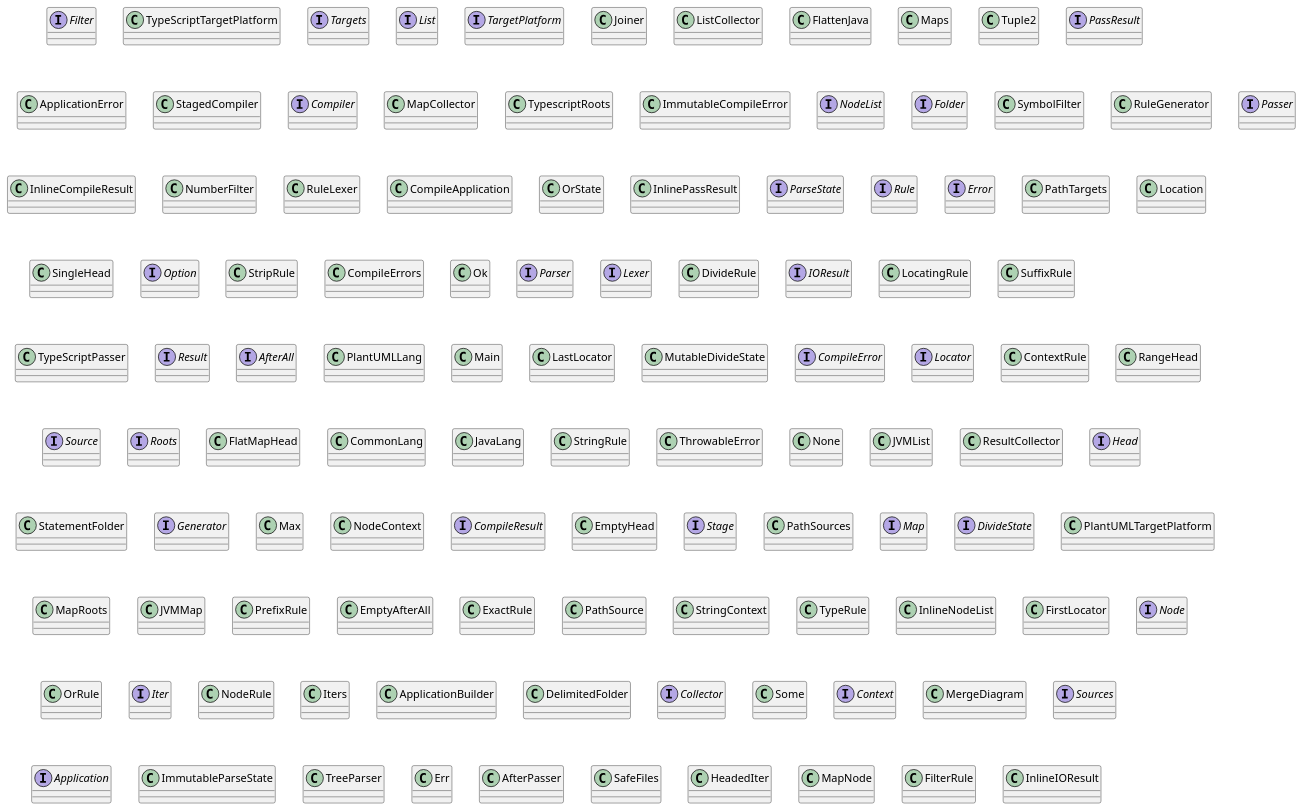
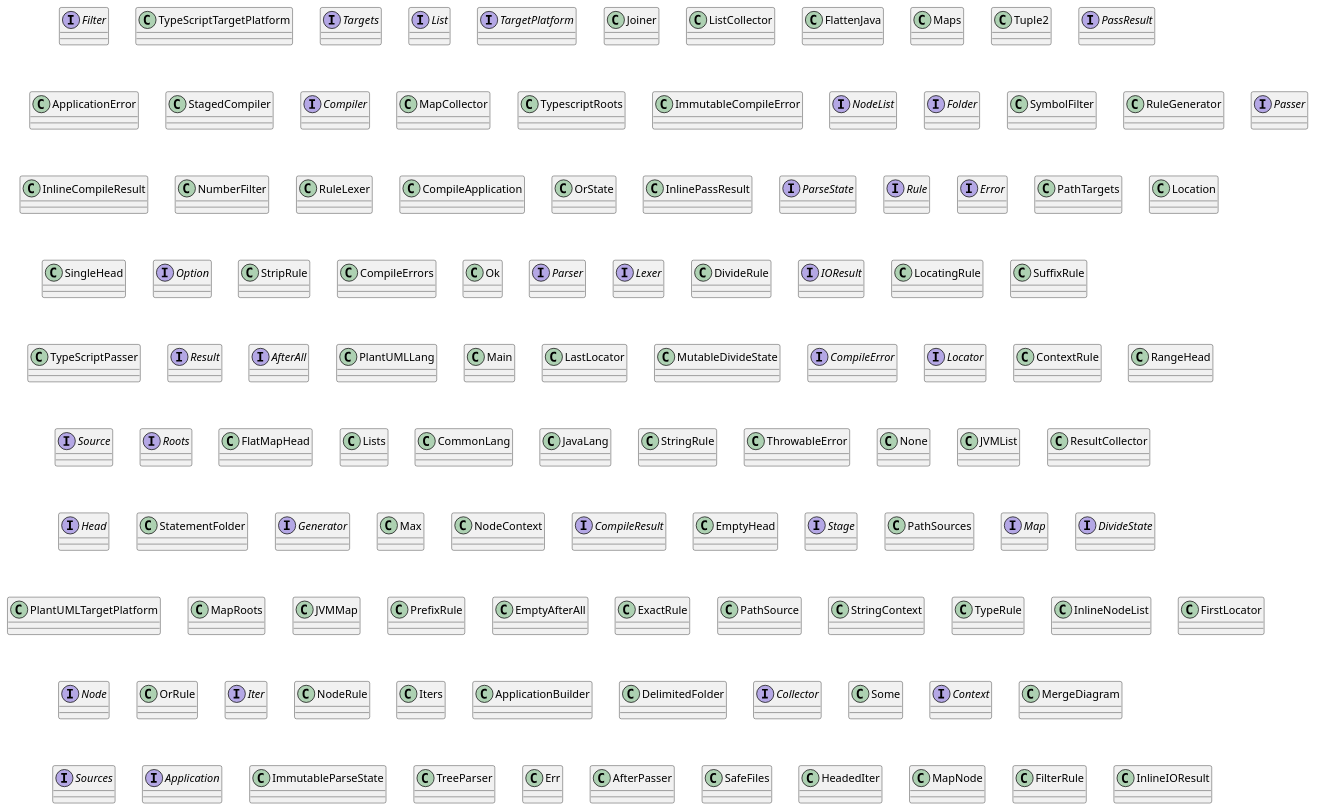
One commit to Magma-Foundation/Magma changed the diagram in diagrams/diagram.puml. Above: the diagram before and after it, drawn with PlantUML. The commit also changed 8 other files, not shown here.

```diff
--- a/diagrams/diagram.puml
+++ b/diagrams/diagram.puml
@@ -116,6 +116,8 @@
 
 class FlatMapHead
 
+class Lists
+
 class CommonLang
 
 class JavaLang
```
